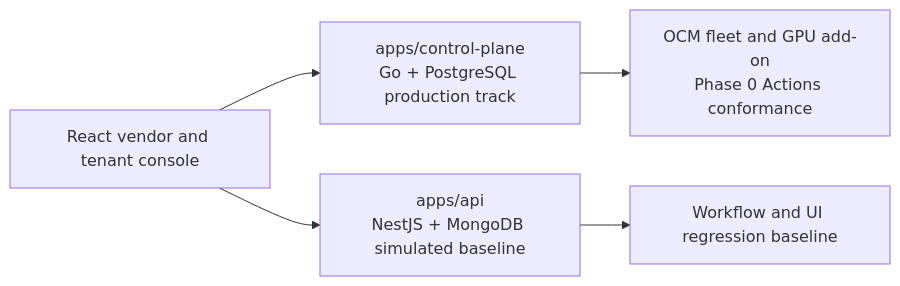
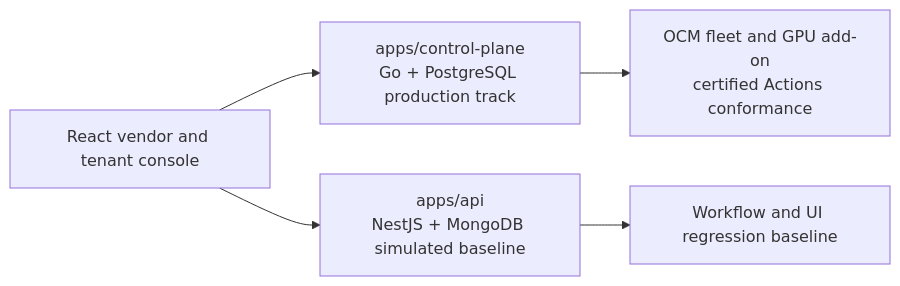
One commit to nya-a-cat/gpu-rental-platform changed the first of 3 diagrams in docs/architecture.md. Above: the diagram before and after it, drawn with Mermaid. The commit also changed other lines of this file and 28 other files, not shown here.

````diff
--- a/docs/architecture.md
+++ b/docs/architecture.md
@@ -7,8 +7,8 @@
 ```mermaid
 flowchart LR
     UI["React vendor and tenant console"]
     UI --> V2["apps/control-plane<br/>Go + PostgreSQL production track"]
     UI --> BASE["apps/api<br/>NestJS + MongoDB simulated baseline"]
-    V2 --> OCM["OCM fleet and GPU add-on<br/>Phase 0 Actions conformance"]
+    V2 --> OCM["OCM fleet and GPU add-on<br/>certified Actions conformance"]
     BASE --> DEMO["Workflow and UI regression baseline"]
 ```
````
